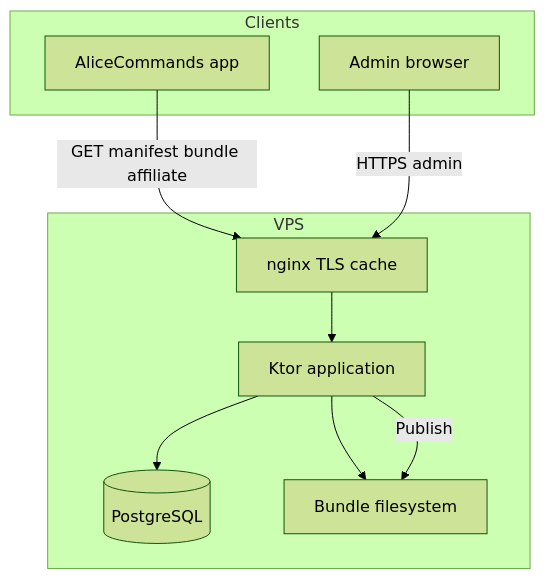
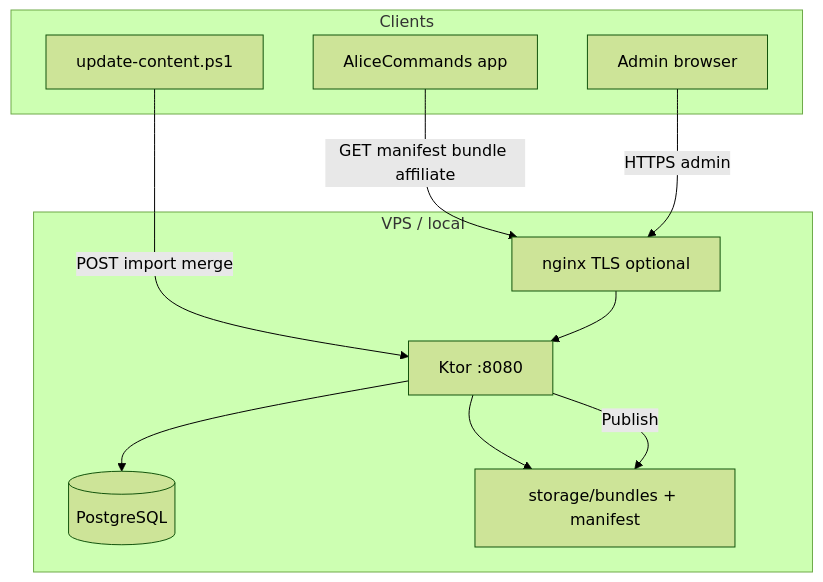
One commit to MironBano/alice-commands-api changed the diagram in docs/ARCHITECTURE.md. Above: the diagram before and after it, drawn with Mermaid (forest theme). The commit also changed other lines of this file and 85 other files, not shown here.

````diff
--- a/docs/ARCHITECTURE.md
+++ b/docs/ARCHITECTURE.md
@@ -87,19 +88,21 @@
 ```mermaid
 flowchart TB
   subgraph clients [Clients]
     Android[AliceCommands app]
     Browser[Admin browser]
+    Scripts[update-content.ps1]
   end
-  subgraph vps [VPS]
-    Nginx[nginx TLS cache]
-    Ktor[Ktor application]
+  subgraph vps [VPS / local]
+    Nginx[nginx TLS optional]
+    Ktor[Ktor :8080]
     PG[(PostgreSQL)]
-    FS[Bundle filesystem]
+    FS[storage/bundles + manifest]
   end
   Android -->|GET manifest bundle affiliate| Nginx
   Browser -->|HTTPS admin| Nginx
+  Scripts -->|POST import merge| Ktor
   Nginx --> Ktor
   Ktor --> PG
   Ktor --> FS
   Ktor -->|Publish| FS
 ```
````
